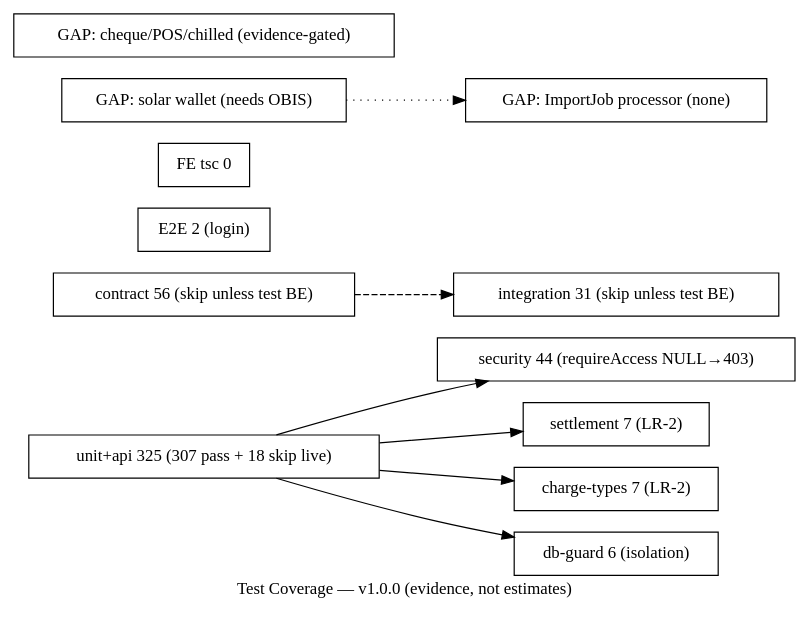
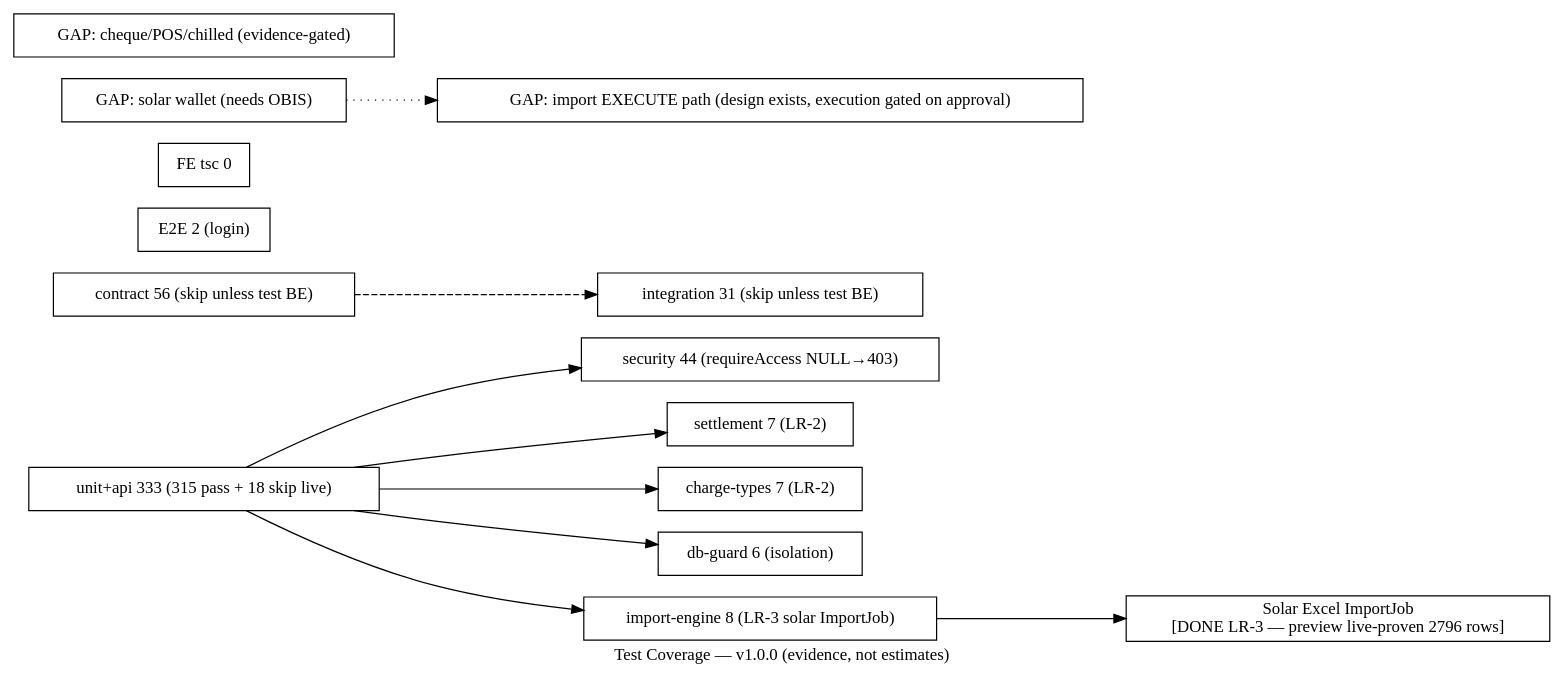
Before and after one commit to Kirllos360/MeterVerse: the diagram in docs/architecture/graph/TEST-COVERAGE.dot, drawn with Graphviz. The commit also changed 12 other files, not shown here.

```diff
--- a/docs/architecture/graph/TEST-COVERAGE.dot
+++ b/docs/architecture/graph/TEST-COVERAGE.dot
@@ -1,32 +1,36 @@
 // TEST-COVERAGE graph — P59-C/LR-2A v1.0.0
 // Evidence-based: unit+api 325 total (307 pass + 18 skip), contract 56 skip,
 // integration 31 skip, FE tsc 0. Tenancy + security live-proven.
 digraph TestCov {
   rankdir=LR;
   label="Test Coverage — v1.0.0 (evidence, not estimates)";
 
   node [shape=box fillcolor="#d1f5d3"];
-  UNIT [label="unit+api 325 (307 pass + 18 skip live)"];
+  UNIT [label="unit+api 333 (315 pass + 18 skip live)"];
   T_SEC [label="security 44 (requireAccess NULL→403)"];
   T_SETTLE [label="settlement 7 (LR-2)"];
   T_CHARGE [label="charge-types 7 (LR-2)"];
   T_DBGUARD [label="db-guard 6 (isolation)"];
+  T_IMPORT [label="import-engine 8 (LR-3 solar ImportJob)"];
+  IMPORT_DONE [label="Solar Excel ImportJob\n[DONE LR-3 — preview live-proven 2796 rows]" fillcolor="#fef7e0"];
 
   node [shape=box fillcolor="#fef7e0"];
   CONTRACT [label="contract 56 (skip unless test BE)"];
   INTEG [label="integration 31 (skip unless test BE)"];
   E2E [label="E2E 2 (login)"];
   TSC [label="FE tsc 0"];
 
   node [shape=box fillcolor="#fff1f0"];
   GAP1 [label="GAP: solar wallet (needs OBIS)"];
-  GAP2 [label="GAP: ImportJob processor (none)"];
+  GAP2 [label="GAP: import EXECUTE path (design exists, execution gated on approval)"];
   GAP3 [label="GAP: cheque/POS/chilled (evidence-gated)"];
 
   UNIT -> T_SEC;
   UNIT -> T_SETTLE;
   UNIT -> T_CHARGE;
   UNIT -> T_DBGUARD;
+  UNIT -> T_IMPORT;
+  T_IMPORT -> IMPORT_DONE;
   CONTRACT -> INTEG [style=dashed];
   GAP1 -> GAP2 [style=dotted];
 }
```
